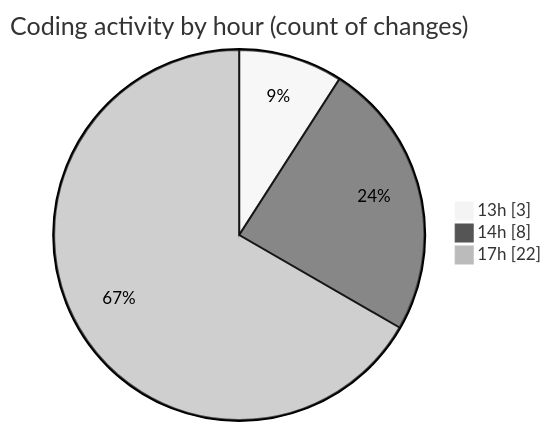
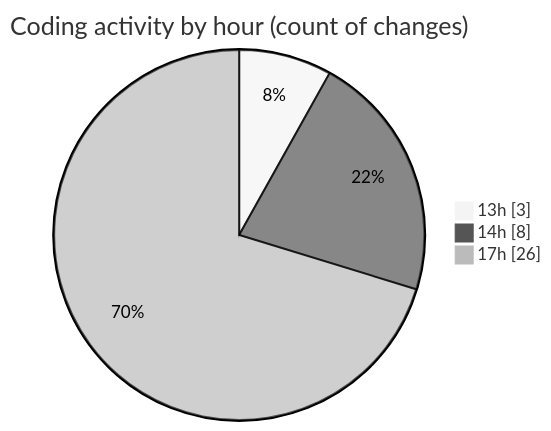
One commit to NitaiMahat/code-tracking changed the second of 2 diagrams in 2025-02-04/recipe-page-main/README.md. Above: the diagram before and after it, drawn with Mermaid (neutral theme). The commit also changed other lines of this file and 1 other file, not shown here.

````diff
--- a/2025-02-04/recipe-page-main/README.md
+++ b/2025-02-04/recipe-page-main/README.md
@@ -30,7 +30,7 @@
 ```mermaid
 pie showData
 title Coding activity by hour (count of changes)
 "13h" : 3
 "14h" : 8
-"17h" : 22
+"17h" : 26
 ```
````
